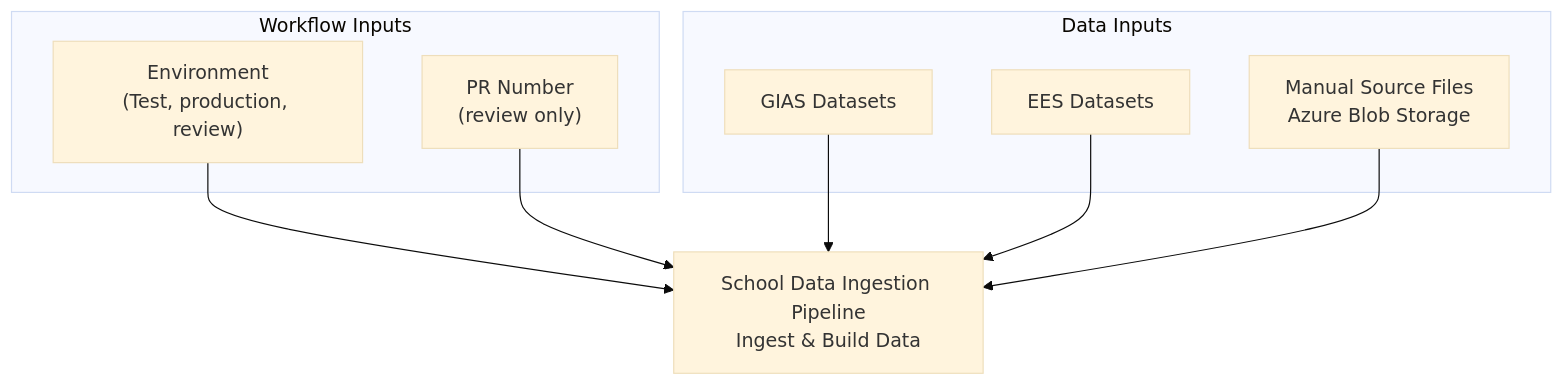
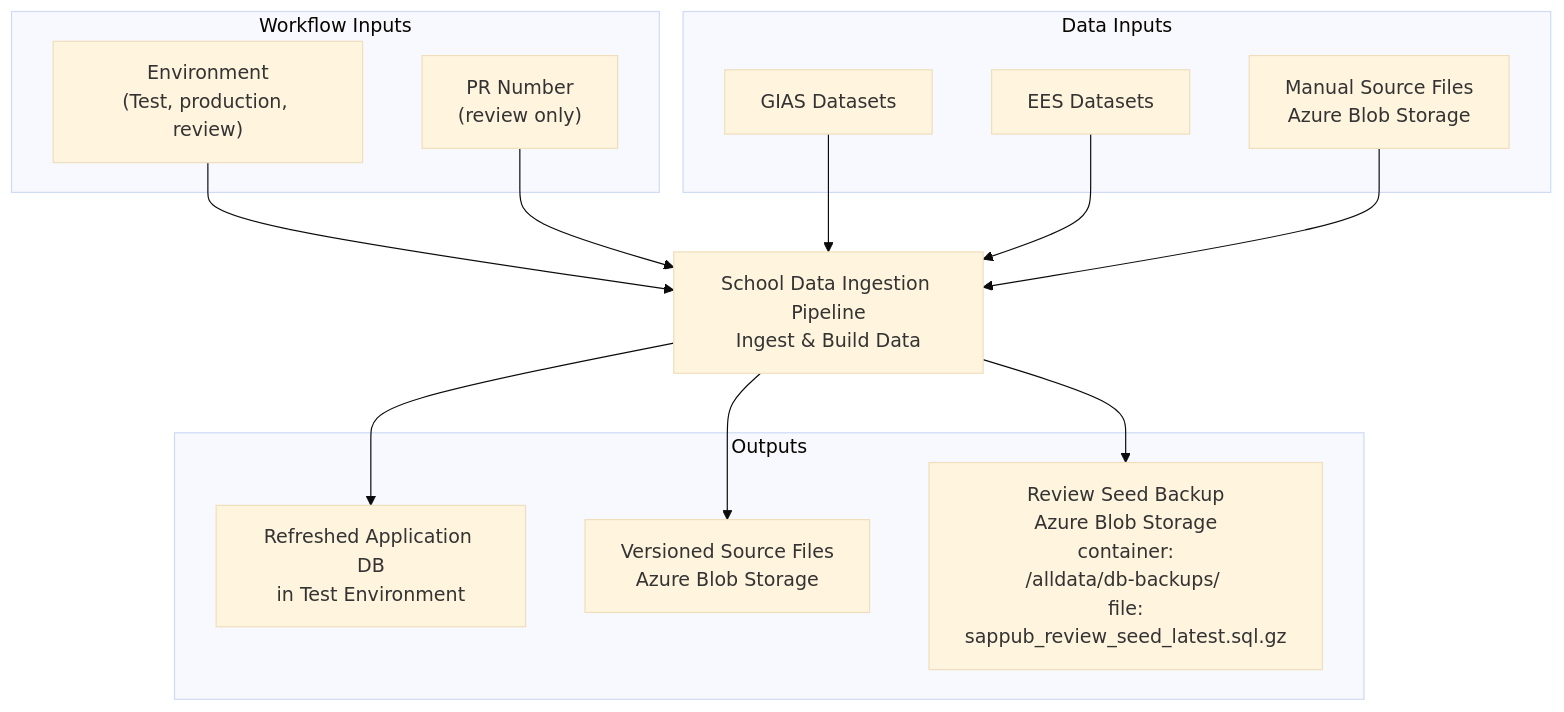
The second of 2 diagrams in docs/workflows/data-ingestion.md (DFE-Digital/sap-public), drawn with Mermaid (base theme) before and after one commit. The commit also changed other lines of this file and 4 other files, not shown here.

````diff
--- a/docs/workflows/data-ingestion.md
+++ b/docs/workflows/data-ingestion.md
@@ -38,25 +39,34 @@
 ```mermaid
 flowchart TD
 
     subgraph Workflow Inputs
         A1["Environment<br/>(Test, production, review)"]
         A2["PR Number<br/>(review only)"]
     end
 
     subgraph Data Inputs
         D1["GIAS Datasets"]
         D2["EES Datasets"]
         D3["Manual Source Files<br/>Azure Blob Storage"]
     end
 
     B["School Data Ingestion Pipeline<br/>Ingest & Build Data"]
 
+    subgraph Outputs
+        C1["Refreshed Application DB<br/>in Test Environment"]
+        C2["Versioned Source Files<br/>Azure Blob Storage"]
+        C3["Review Seed Backup<br>Azure Blob Storage<br/>container:<br/>/alldata/db-backups/ <br/>file:<br/>sappub_review_seed_latest.sql.gz"]
+    end
 
     A1 --> B
     A2 --> B
 
     D1 --> B
     D2 --> B
     D3 --> B
 
+    B --> C1
+    B --> C2
+    B --> C3
+
 ```
````
